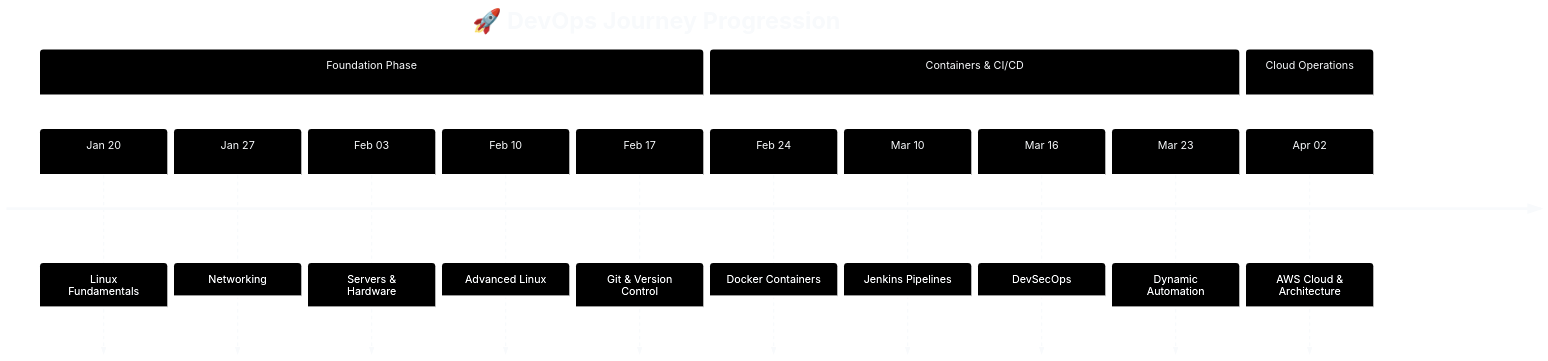
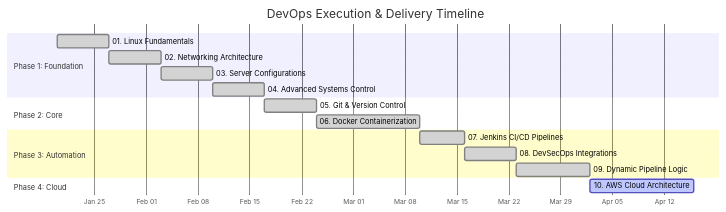
Before and after one commit to hridyen/DevOps-Survival-Roadmap: the first of 2 diagrams in README.md, drawn with Mermaid. The commit also changed other lines of this file, not shown here.

````diff
--- a/README.md
+++ b/README.md
@@ -53,18 +53,24 @@
 ```mermaid
-%%{init: { 'theme': 'base', 'themeVariables': { 'primaryColor': '#1E293B', 'primaryTextColor': '#F8FAFC', 'primaryBorderColor': '#3B82F6', 'lineColor': '#8B5CF6', 'tertiaryColor': '#0F172A', 'fontFamily': 'sans-serif'}}}%%
-timeline
-    title 🚀 DevOps Journey Progression
-    section Foundation Phase
-        Jan 20 : Linux Fundamentals
-        Jan 27 : Networking
-        Feb 03 : Servers & Hardware
-        Feb 10 : Advanced Linux
-        Feb 17 : Git & Version Control
-    section Containers & CI/CD
-        Feb 24 : Docker Containers
-        Mar 10 : Jenkins Pipelines
-        Mar 16 : DevSecOps
-        Mar 23 : Dynamic Automation
-    section Cloud Operations
-        Apr 02 : AWS Cloud & Architecture
+gantt
+    title DevOps Execution & Delivery Timeline
+    dateFormat YYYY-MM-DD
+    axisFormat %b %d
+
+    section Phase 1: Foundation
+    01. Linux Fundamentals       :done,    l1, 2026-01-20, 7d
+    02. Networking Architecture  :done,    l2, 2026-01-27, 7d
+    03. Server Configurations    :done,    l3, 2026-02-03, 7d
+    04. Advanced Systems Control :done,    l4, 2026-02-10, 7d
+
+    section Phase 2: Core
+    05. Git & Version Control    :done,    l5, 2026-02-17, 7d
+    06. Docker Containerization  :done,    l6, 2026-02-24, 14d
+
+    section Phase 3: Automation
+    07. Jenkins CI/CD Pipelines  :done,    l7, 2026-03-10, 6d
+    08. DevSecOps Integrations   :done,    l8, 2026-03-16, 7d
+    09. Dynamic Pipeline Logic   :done,    l9, 2026-03-23, 10d
+
+    section Phase 4: Cloud
+    10. AWS Cloud Architecture   :active,  l10, 2026-04-02, 14d
 ```
````
